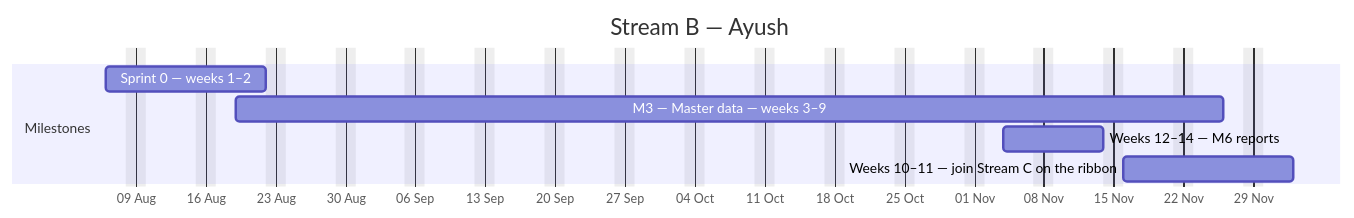
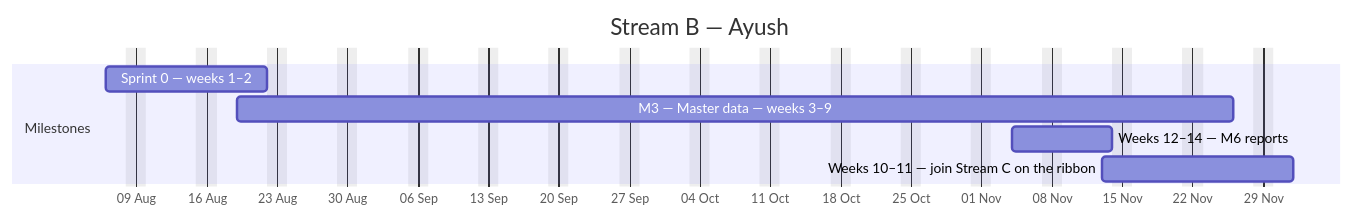
One commit to debashisedunext/EduTrack changed the second of 4 diagrams in docs/plan/GANTT.md. Above: the diagram before and after it, drawn with Mermaid. The commit also changed other lines of this file and 3 other files, not shown here.

````diff
--- a/docs/plan/GANTT.md
+++ b/docs/plan/GANTT.md
@@ -126,12 +127,12 @@
 ```mermaid
 gantt
     dateFormat YYYY-MM-DD
     axisFormat %d %b
     title Stream B — Ayush
     excludes weekends
     section Milestones
     Sprint 0 — weeks 1–2 :b0, 2026-08-06, 12d
     M3 — Master data — weeks 3–9 :b1, 2026-08-19, 71d
     Weeks 12–14 — M6 reports :b2, 2026-11-04, 8d
-    Weeks 10–11 — join Stream C on the ribbon :b3, 2026-11-16, 13d
+    Weeks 10–11 — join Stream C on the ribbon :b3, 2026-11-13, 13d
 ```
````
